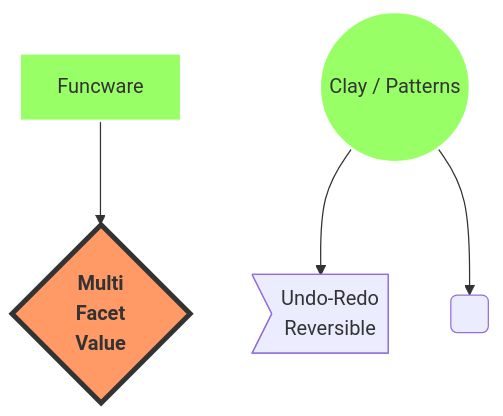
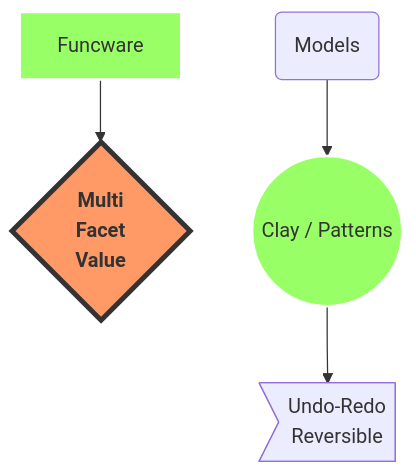
Before and after one commit to Kyriosity/use-dev: the diagram in README.md, drawn with Mermaid. The commit also changed other lines of this file, not shown here.

Commit message:
🖌️🐝Main Nav

````diff
--- a/README.md
+++ b/README.md
@@ -63,14 +63,13 @@
 ```mermaid
 graph TB
     sq[Funcware] --> MFC{<b>Multi<br />Facet<br />Value</b>}
 
     e --> od3>Undo-Redo<br>Reversible]
-
-    e((Clay / Patterns)) --> f(<mg src="README+/_rsc/img/_nav/tiles/Chrono_bw-200px.jpg"></img>)
+     f(Models) --> e((Clay / Patterns))
 
      classDef subst fill:#9f6,stroke:#fff,stroke-width:2px;
      classDef parts fill:#f96,stroke:#333,stroke-width:4px;
      class sq,e subst
      class MFC,Rvrs parts
 
 ```
````
